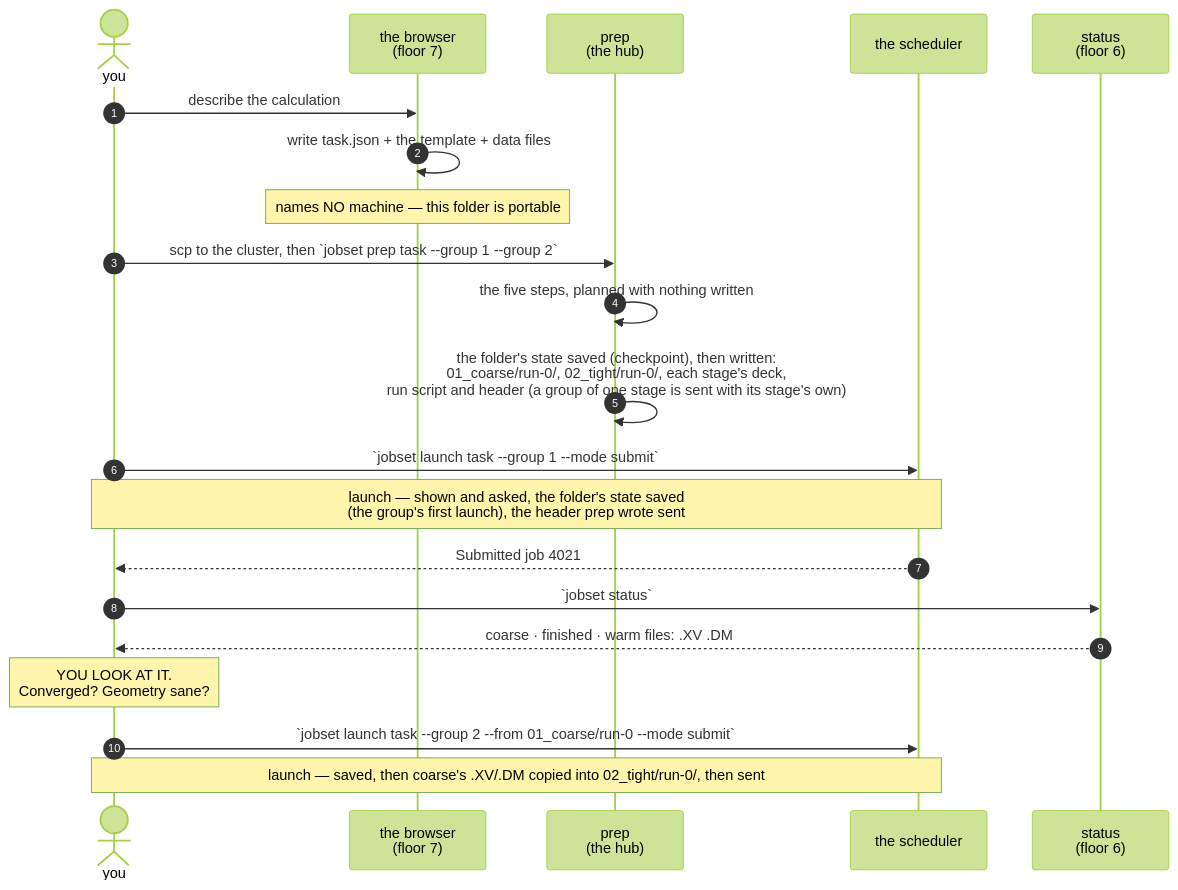
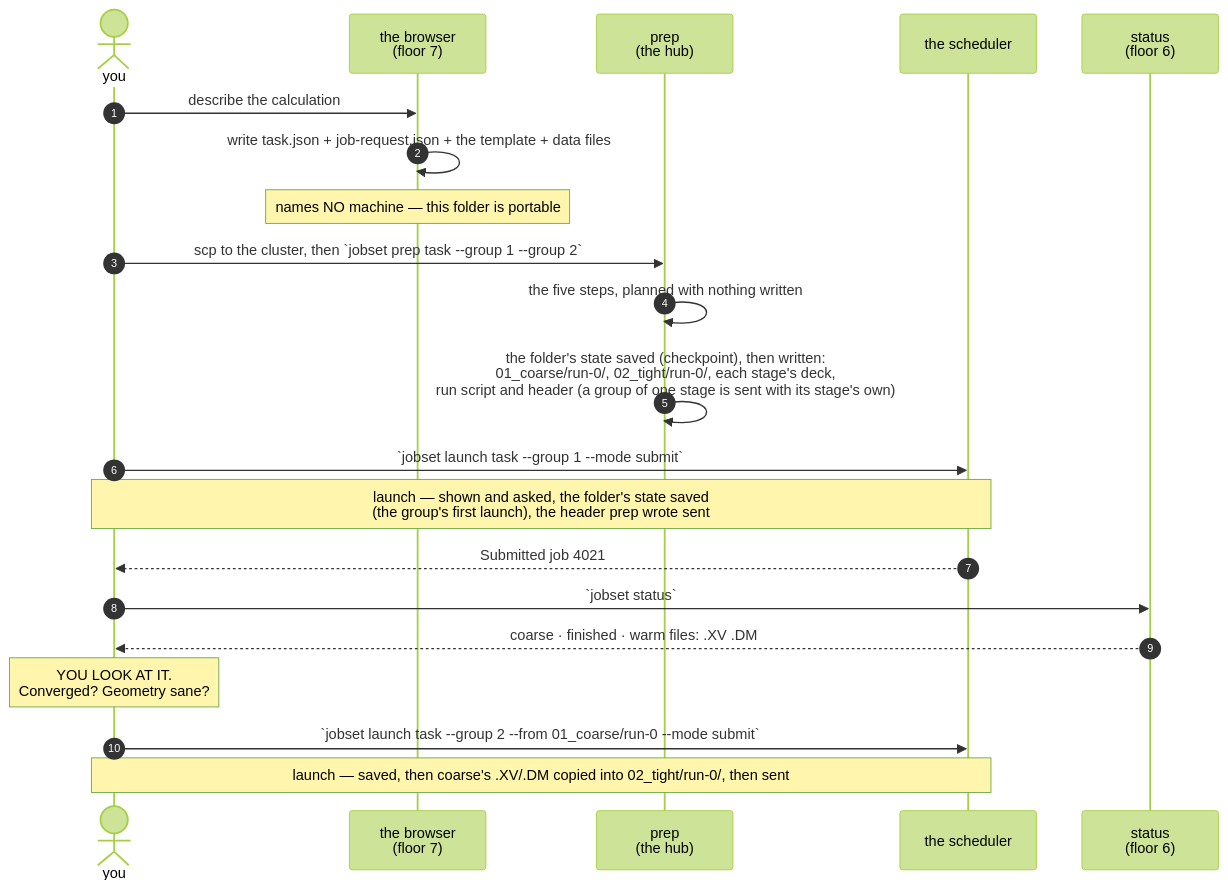
The seventh of 10 diagrams in docs/execution/architecture.md (Qing-LAB/molbuilder), drawn with Mermaid (forest theme) before and after one commit. The commit also changed other lines of this file and 196 other files, not shown here.

````diff
--- a/docs/execution/architecture.md
+++ b/docs/execution/architecture.md
@@ -922,24 +922,24 @@
 ```mermaid
 sequenceDiagram
     autonumber
     actor U as you
     participant B as the browser<br/>(floor 7)
     participant P as prep<br/>(the hub)
     participant S as the scheduler
     participant O as status<br/>(floor 6)
 
     U->>B: describe the calculation
-    B->>B: write task.json + the template + data files
+    B->>B: write task.json + job-request.json + the template + data files
     Note over B: names NO machine — this folder is portable
     U->>P: scp to the cluster, then `jobset prep task --group 1 --group 2`
     P->>P: the five steps, planned with nothing written
     P->>P: the folder's state saved (checkpoint), then written:<br/>01_coarse/run-0/, 02_tight/run-0/, each stage's deck,<br/>run script and header (a group of one stage is sent with its stage's own)
     U->>S: `jobset launch task --group 1 --mode submit`
     Note over U,S: launch — shown and asked, the folder's state saved<br/>(the group's first launch), the header prep wrote sent
     S-->>U: Submitted job 4021
     U->>O: `jobset status`
     O-->>U: coarse · finished · warm files: .XV .DM
     Note over U: YOU LOOK AT IT.<br/>Converged? Geometry sane?
     U->>S: `jobset launch task --group 2 --from 01_coarse/run-0 --mode submit`
     Note over U,S: launch — saved, then coarse's .XV/.DM copied into 02_tight/run-0/, then sent
 ```
````
